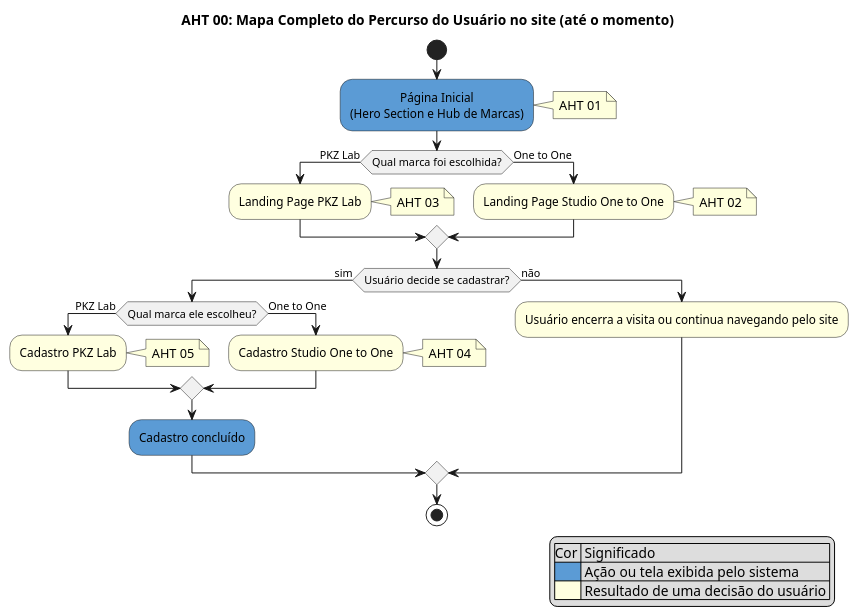
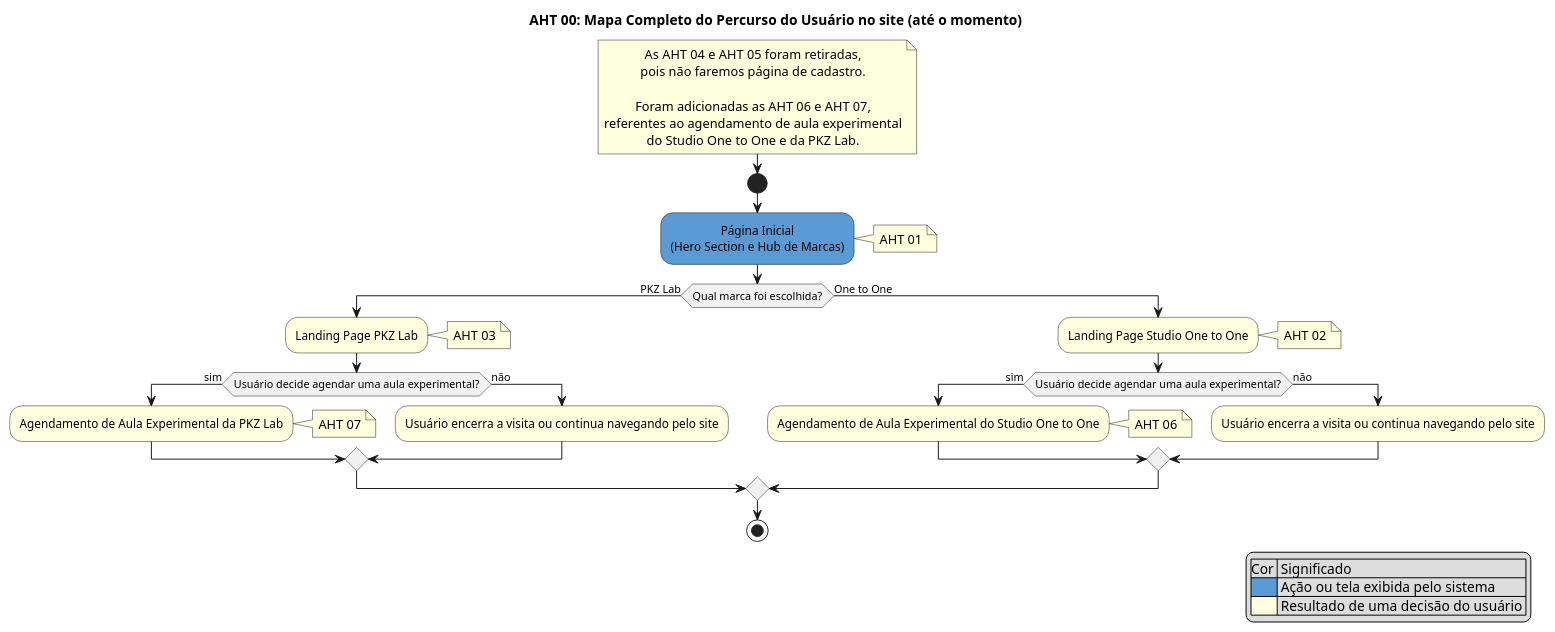
Before and after one commit to tav-ibmec/PFE-2026-2-Grupo-1-vanila: the diagram in Documentos/AHTs/AHT00-mapa-geral.puml, drawn with PlantUML. The commit also changed 2 other files, not shown here.

Commit message:
Atualizando AHT 00 com foto do fluxo

```diff
--- a/Documentos/AHTs/AHT00-mapa-geral.puml
+++ b/Documentos/AHTs/AHT00-mapa-geral.puml
@@ -1,44 +1,51 @@
 @startuml AHT00-mapa-geral
 
 skinparam DefaultTextAlignment center
 title AHT 00: Mapa Completo do Percurso do Usuário no site (até o momento)
+
+note right
+  As AHT 04 e AHT 05 foram retiradas,
+  pois não faremos página de cadastro.
+
+  Foram adicionadas as AHT 06 e AHT 07,
+  referentes ao agendamento de aula experimental
+  do Studio One to One e da PKZ Lab.
+end note
 
 start
 
 #5B9BD5:Página Inicial\n(Hero Section e Hub de Marcas);
 note right: AHT 01
 
 if (Qual marca foi escolhida?) then (PKZ Lab)
   #lightyellow:Landing Page PKZ Lab;
   note right: AHT 03
+
+  if (Usuário decide agendar uma aula experimental?) then (sim)
+    #lightyellow:Agendamento de Aula Experimental da PKZ Lab;
+    note right: AHT 07
+  else (não)
+    #lightyellow:Usuário encerra a visita ou continua navegando pelo site;
+  endif
+
 else (One to One)
   #lightyellow:Landing Page Studio One to One;
   note right: AHT 02
+
+  if (Usuário decide agendar uma aula experimental?) then (sim)
+    #lightyellow:Agendamento de Aula Experimental do Studio One to One;
+    note right: AHT 06
+  else (não)
+    #lightyellow:Usuário encerra a visita ou continua navegando pelo site;
+  endif
 endif
-
-if (Usuário decide se cadastrar?) then (sim)
-
-  if (Qual marca ele escolheu?) then (PKZ Lab)
-    #lightyellow:Cadastro PKZ Lab;
-    note right: AHT 05
-  else (One to One)
-    #lightyellow:Cadastro Studio One to One;
-    note right: AHT 04
-  endif
-
-  #5B9BD5:Cadastro concluído;
-
-else (não)
-  #lightyellow:Usuário encerra a visita ou continua navegando pelo site;
-endif
-
 
 legend right
   |Cor | Significado|
   |<#5B9BD5>| Ação ou tela exibida pelo sistema |
   |<#lightyellow>| Resultado de uma decisão do usuário |
 endlegend
 
 stop
 
 @enduml
```
